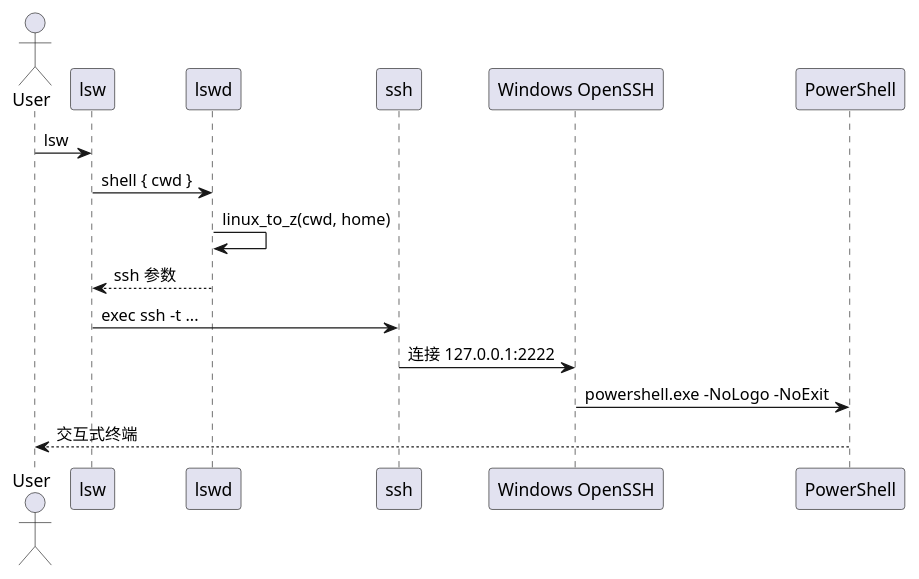
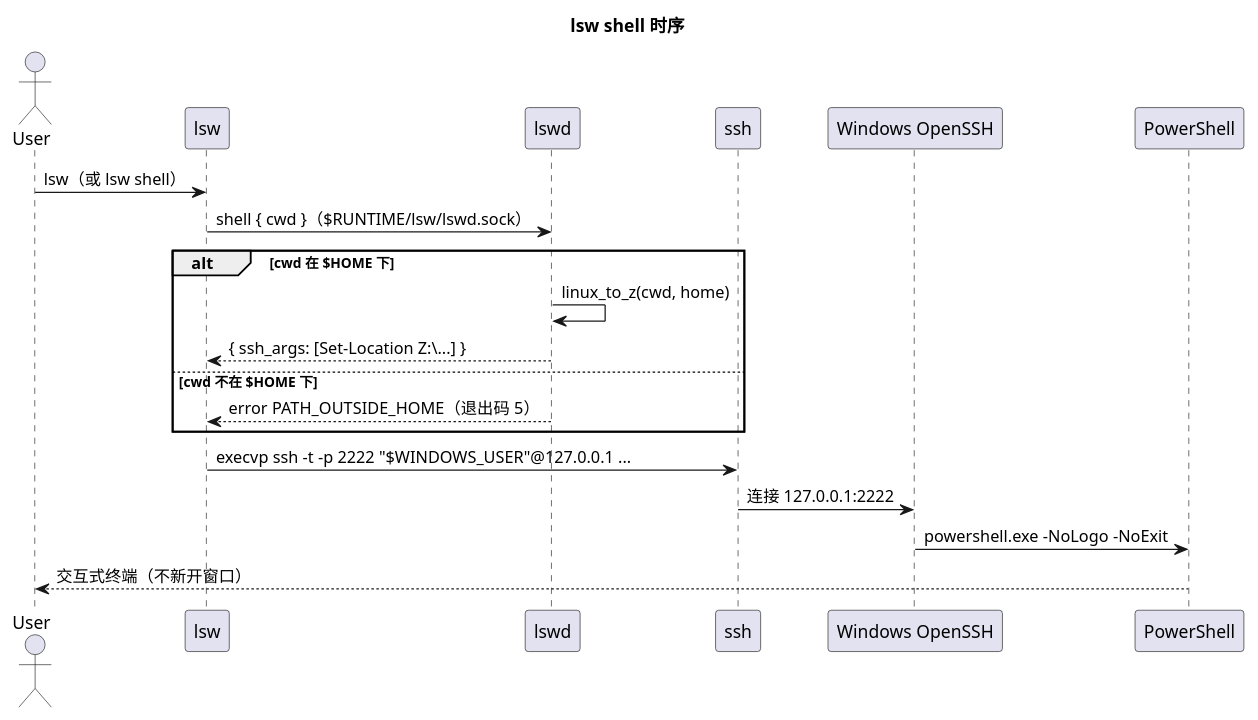
Before and after one commit to yunzheyue-star/lsw: the diagram in docs/diagrams/sequence-shell.puml, drawn with PlantUML. The commit also changed 26 other files, not shown here.

```diff
--- a/docs/diagrams/sequence-shell.puml
+++ b/docs/diagrams/sequence-shell.puml
@@ -1,17 +1,22 @@
 @startuml
+title lsw shell 时序
 actor User
 participant "lsw" as CLI
 participant "lswd" as Daemon
 participant "ssh" as SSH
 participant "Windows OpenSSH" as WinSSH
 participant "PowerShell" as PS
 
-User -> CLI : lsw
-CLI -> Daemon : shell { cwd }
-Daemon -> Daemon : linux_to_z(cwd, home)
-Daemon --> CLI : ssh 参数
-CLI -> SSH : exec ssh -t ...
+User -> CLI : lsw（或 lsw shell）
+CLI -> Daemon : shell { cwd }（$RUNTIME/lsw/lswd.sock）
+alt cwd 在 $HOME 下
+  Daemon -> Daemon : linux_to_z(cwd, home)
+  Daemon --> CLI : { ssh_args: [Set-Location Z:\\...] }
+else cwd 不在 $HOME 下
+  Daemon --> CLI : error PATH_OUTSIDE_HOME（退出码 5）
+end
+CLI -> SSH : execvp ssh -t -p 2222 "$WINDOWS_USER"@127.0.0.1 ...
 SSH -> WinSSH : 连接 127.0.0.1:2222
 WinSSH -> PS : powershell.exe -NoLogo -NoExit
-PS --> User : 交互式终端
+PS --> User : 交互式终端（不新开窗口）
 @enduml
```
